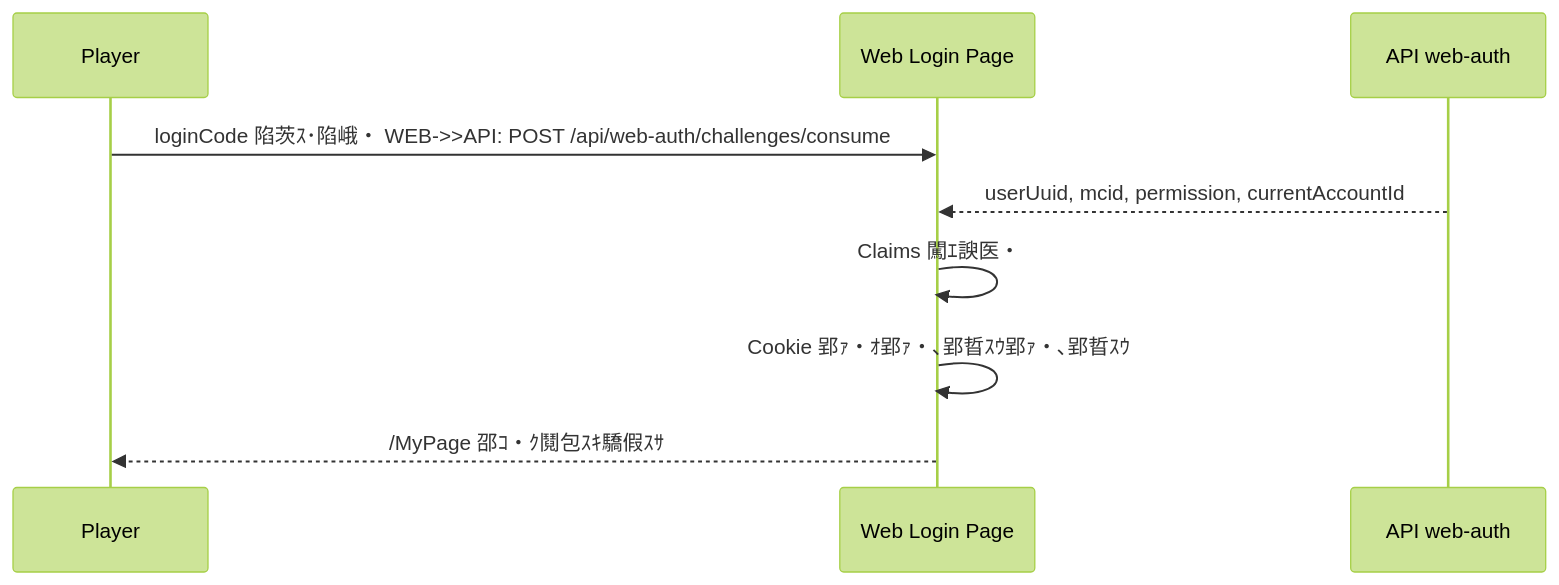
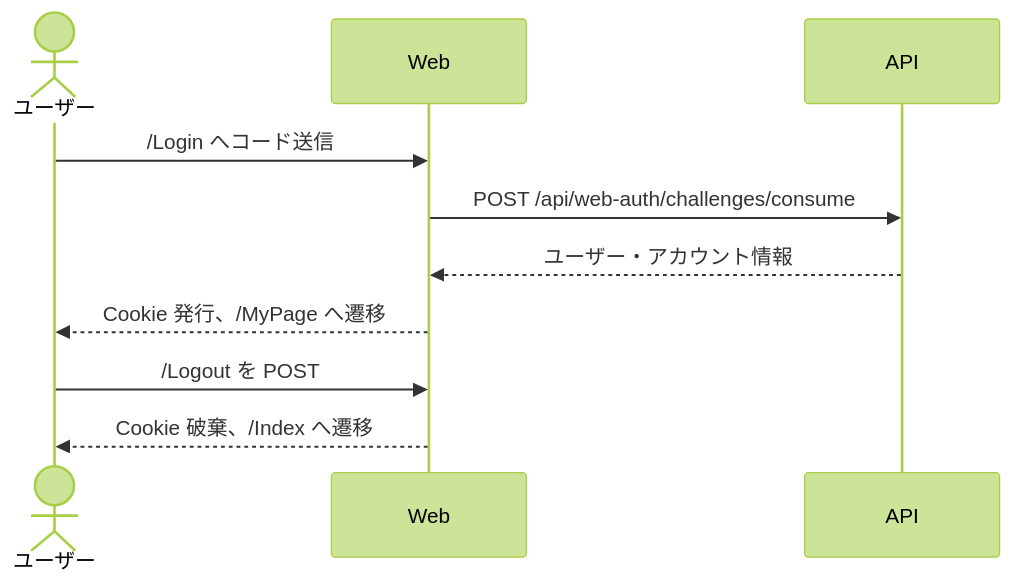
One commit to maaasu/AstralRecord-Workspace changed the diagram in 00_docs/30_WEB設計書/feature/01-web-auth/4-統合フロー/01_4.00-統合フロー.md. Above: the diagram before and after it, drawn with Mermaid (forest theme). The commit also changed other lines of this file and 48 other files, not shown here.

````diff
--- a/00_docs/30_WEB設計書/feature/01-web-auth/4-統合フロー/01_4.00-統合フロー.md
+++ b/00_docs/30_WEB設計書/feature/01-web-auth/4-統合フロー/01_4.00-統合フロー.md
@@ -5,12 +3,12 @@
 ```mermaid
 sequenceDiagram
-    participant P as Player
-    participant WEB as Web Login Page
-    participant API as API web-auth
-
-    P->>WEB: loginCode 陷茨ｽ･陷峨・    WEB->>API: POST /api/web-auth/challenges/consume
-    API-->>WEB: userUuid, mcid, permission, currentAccountId
-    WEB->>WEB: Claims 闖ｴ諛医・
-    WEB->>WEB: Cookie 郢ｧ・ｵ郢ｧ・､郢晢ｽｳ郢ｧ・､郢晢ｽｳ
-    WEB-->>P: /MyPage 邵ｺ・ｸ鬩包ｽｷ驕假ｽｻ
+    actor User as ユーザー
+    participant Web
+    participant API
+    User->>Web: /Login へコード送信
+    Web->>API: POST /api/web-auth/challenges/consume
+    API-->>Web: ユーザー・アカウント情報
+    Web-->>User: Cookie 発行、/MyPage へ遷移
+    User->>Web: /Logout を POST
+    Web-->>User: Cookie 破棄、/Index へ遷移
 ```
````
